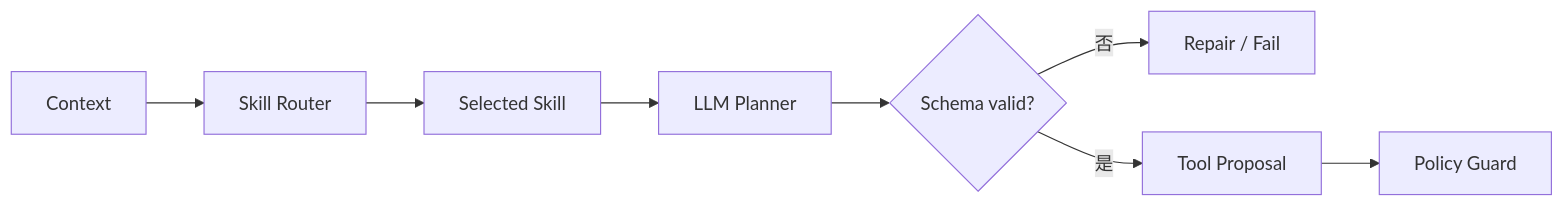
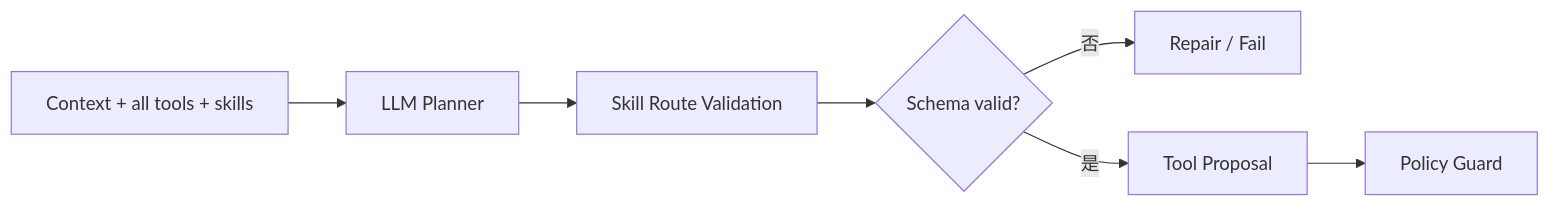
Before and after one commit to cogniverse-thinkplex/ecommerce-agent: the second of 2 diagrams in docs/agent-course/03-planner-skills.md, drawn with Mermaid. The commit also changed other lines of this file and 8 other files, not shown here.

````diff
--- a/docs/agent-course/03-planner-skills.md
+++ b/docs/agent-course/03-planner-skills.md
@@ -80,10 +80,9 @@
 ```mermaid
 flowchart LR
-    C[Context] --> R[Skill Router]
-    R --> SK[Selected Skill]
-    SK --> LLM[LLM Planner]
-    LLM --> V{Schema valid?}
+    C[Context + all tools + skills] --> LLM[LLM Planner]
+    LLM --> R[Skill Route Validation]
+    R --> V{Schema valid?}
     V -->|否| REC[Repair / Fail]
     V -->|是| P[Tool Proposal]
     P --> G[Policy Guard]
 ```
````
